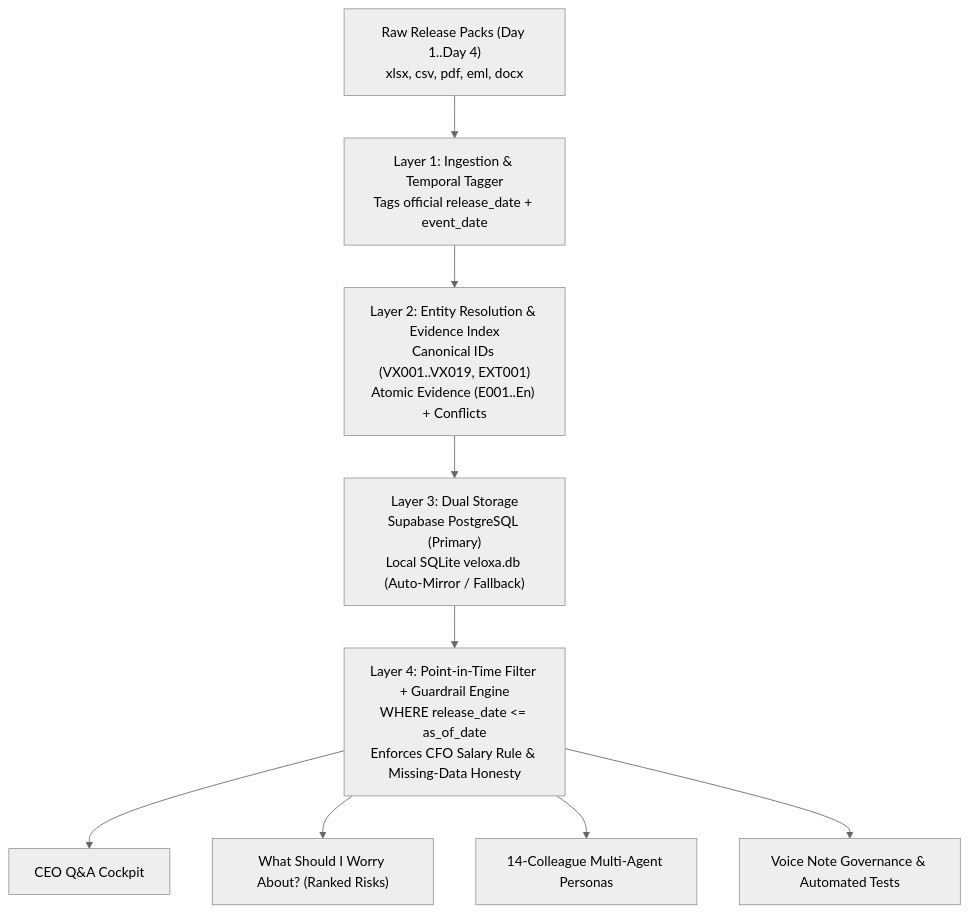
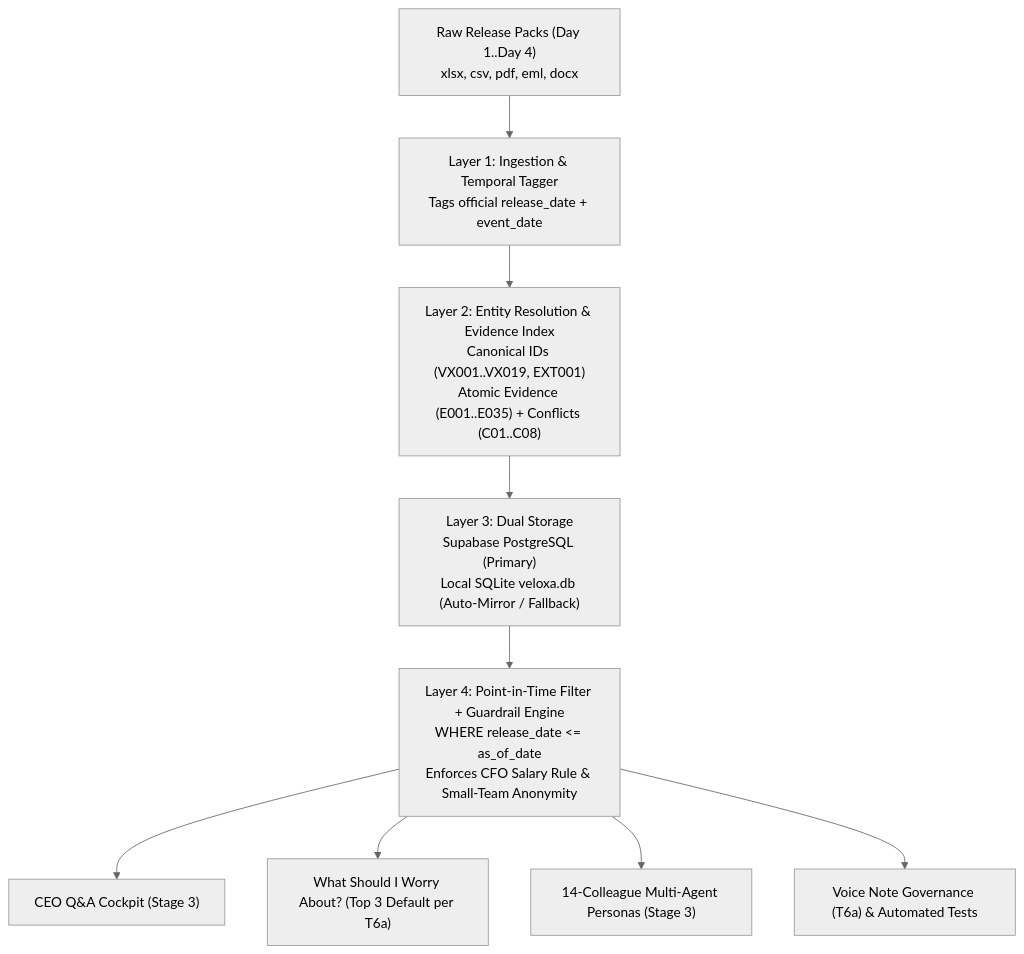
The diagram in ARCHITECTURE.md (SaM-005X/veloxa-cockpit-samrat-sengupta), drawn with Mermaid (neutral theme) before and after one commit. The commit also changed other lines of this file and 5 other files, not shown here.

Commit message:
docs: update transcript notes, assumptions, architecture, and governance logs for Day 2

````diff
--- a/ARCHITECTURE.md
+++ b/ARCHITECTURE.md
@@ -18,11 +18,11 @@
 ```mermaid
 flowchart TD
     A["Raw Release Packs (Day 1..Day 4)<br/>xlsx, csv, pdf, eml, docx"] --> B["Layer 1: Ingestion & Temporal Tagger<br/>Tags official release_date + event_date"]
-    B --> C["Layer 2: Entity Resolution & Evidence Index<br/>Canonical IDs (VX001..VX019, EXT001)<br/>Atomic Evidence (E001..En) + Conflicts"]
+    B --> C["Layer 2: Entity Resolution & Evidence Index<br/>Canonical IDs (VX001..VX019, EXT001)<br/>Atomic Evidence (E001..E035) + Conflicts (C01..C08)"]
     C --> D["Layer 3: Dual Storage<br/>Supabase PostgreSQL (Primary)<br/>Local SQLite veloxa.db (Auto-Mirror / Fallback)"]
-    D --> E["Layer 4: Point-in-Time Filter + Guardrail Engine<br/>WHERE release_date <= as_of_date<br/>Enforces CFO Salary Rule & Missing-Data Honesty"]
-    E --> F1["CEO Q&A Cockpit"]
-    E --> F2["What Should I Worry About? (Ranked Risks)"]
-    E --> F3["14-Colleague Multi-Agent Personas"]
-    E --> F4["Voice Note Governance & Automated Tests"]
+    D --> E["Layer 4: Point-in-Time Filter + Guardrail Engine<br/>WHERE release_date <= as_of_date<br/>Enforces CFO Salary Rule & Small-Team Anonymity"]
+    E --> F1["CEO Q&A Cockpit (Stage 3)"]
+    E --> F2["What Should I Worry About? (Top 3 Default per T6a)"]
+    E --> F3["14-Colleague Multi-Agent Personas (Stage 3)"]
+    E --> F4["Voice Note Governance (T6a) & Automated Tests"]
 ```
````
